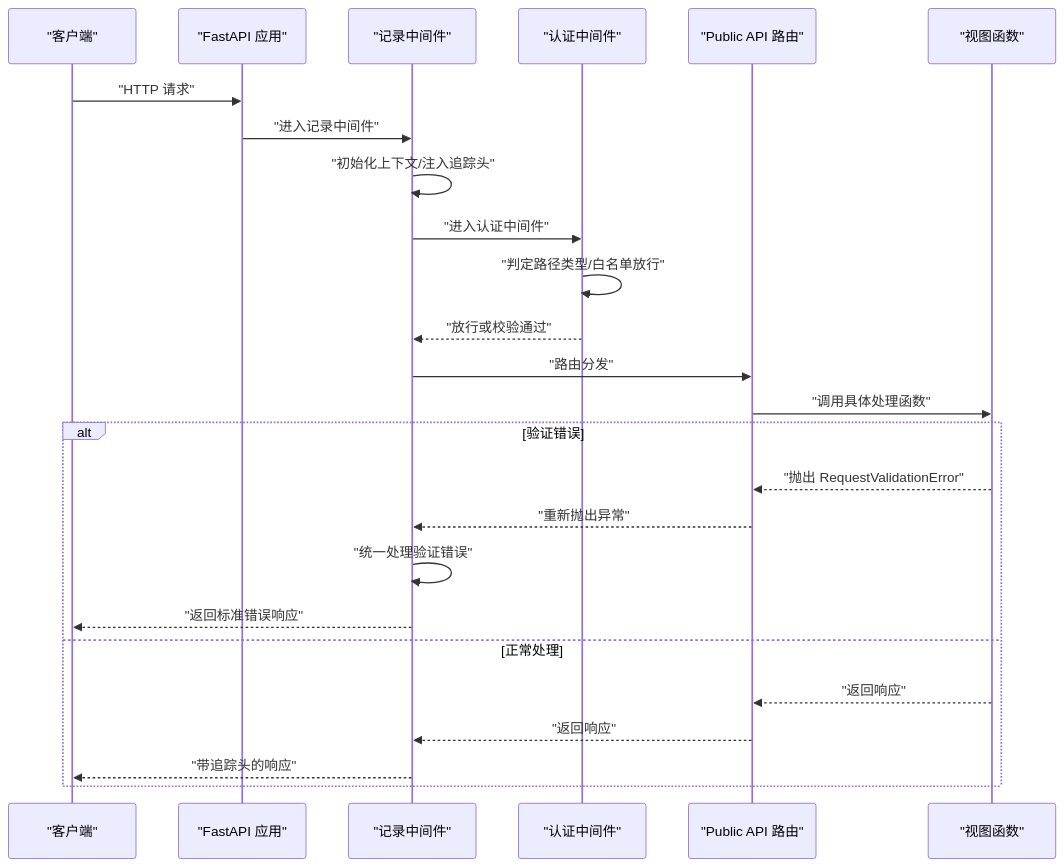
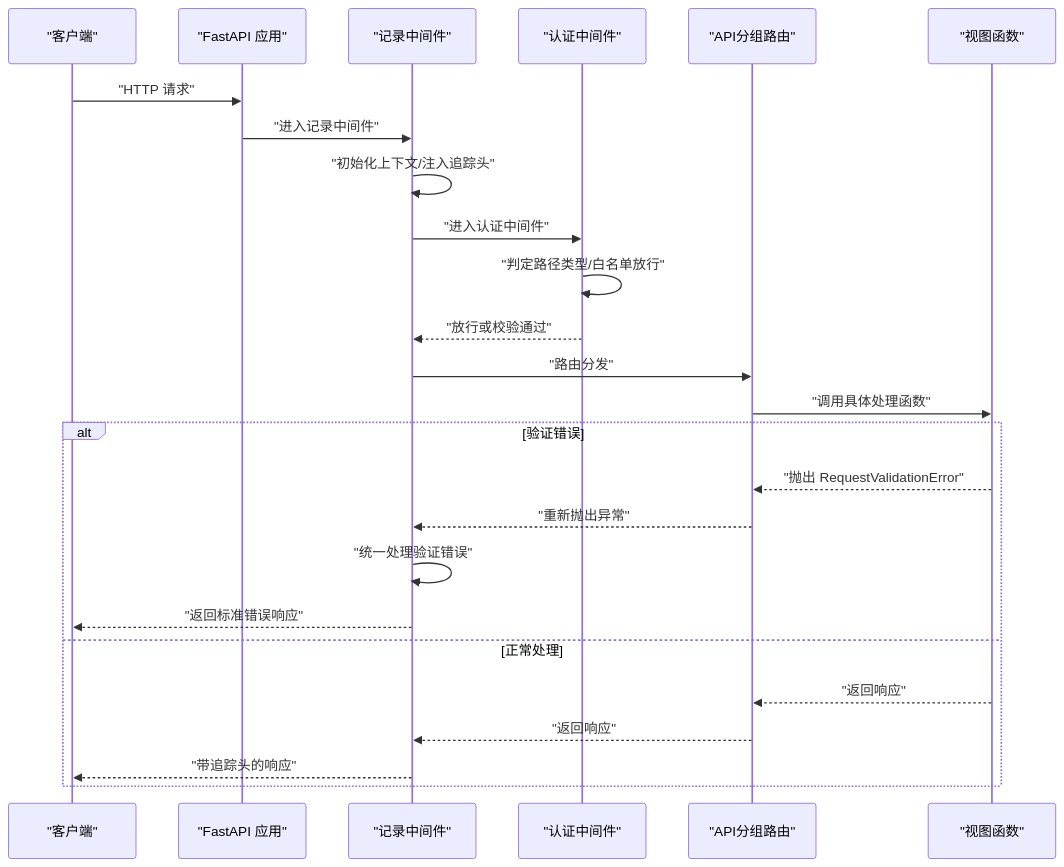
Before and after one commit to lilinzezzzzzz/fastapi-backend: the second of 4 diagrams in .qoder/repowiki/zh/content/API接口文档/Public API接口.md, drawn with Mermaid. The commit also changed other lines of this file and 42 other files, not shown here.

````diff
--- a/.qoder/repowiki/zh/content/API接口文档/Public API接口.md
+++ b/.qoder/repowiki/zh/content/API接口文档/Public API接口.md
@@ -94,27 +110,27 @@
 ```mermaid
 sequenceDiagram
 participant Client as "客户端"
 participant App as "FastAPI 应用"
 participant Recorder as "记录中间件"
 participant Auth as "认证中间件"
-participant Router as "Public API 路由"
+participant Router as "API分组路由"
 participant Handler as "视图函数"
 Client->>App : "HTTP 请求"
 App->>Recorder : "进入记录中间件"
 Recorder->>Recorder : "初始化上下文/注入追踪头"
 Recorder->>Auth : "进入认证中间件"
 Auth->>Auth : "判定路径类型/白名单放行"
 Auth-->>Recorder : "放行或校验通过"
 Recorder->>Router : "路由分发"
 Router->>Handler : "调用具体处理函数"
 alt 验证错误
 Handler-->>Router : "抛出 RequestValidationError"
 Router-->>Recorder : "重新抛出异常"
 Recorder->>Recorder : "统一处理验证错误"
 Recorder-->>Client : "返回标准错误响应"
 else 正常处理
 Handler-->>Router : "返回响应"
 Router-->>Recorder : "返回响应"
 Recorder-->>Client : "带追踪头的响应"
 end
 ```
````
